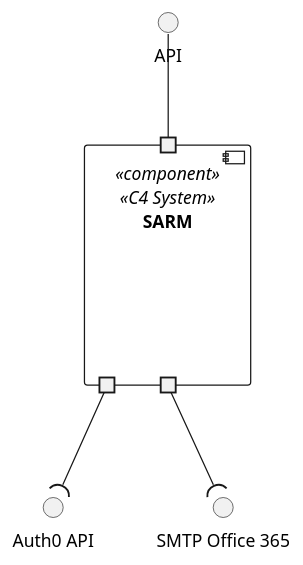
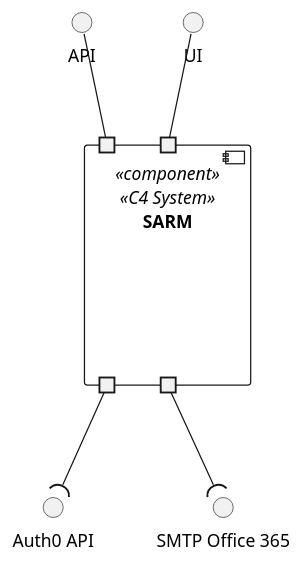
Before and after one commit to 1220846/sem5pi-24-25-3ddg20: the diagram in docs/views/level1/logic-view.puml, drawn with PlantUML. The commit also changed 15 other files, not shown here.

```diff
--- a/docs/views/level1/logic-view.puml
+++ b/docs/views/level1/logic-view.puml
@@ -1,18 +1,20 @@
 @startuml logic-view
 top to bottom direction
 
 interface "API" as API
 interface "Auth0 API" as A0API
 interface "SMTP Office 365" as SMTP_Office_365
+interface "UI" as UI
 
 component "SARM" <<component>> <<C4 System>> {
     portin " " as PI
+    portin " " as PIUI
     portout " " as PI1
     portout " " as PI2
 }
-
+UI -- PIUI
 API -- PI
 PI1 --( A0API
 PI2 --( SMTP_Office_365
 
 @enduml
```
